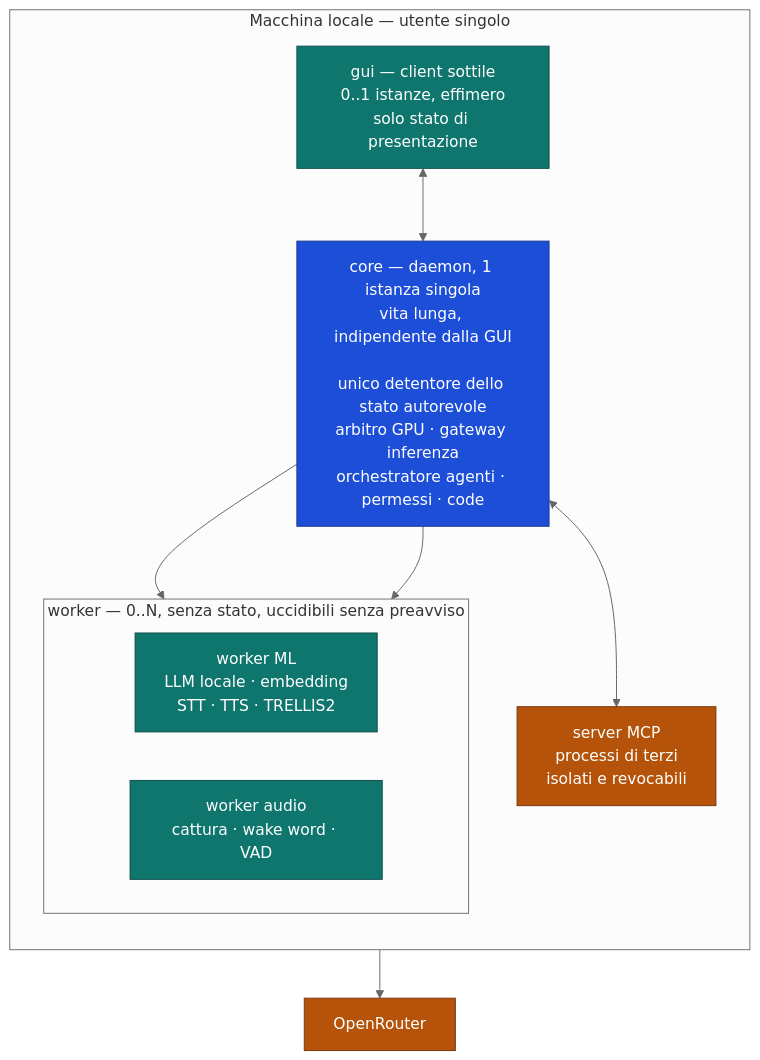
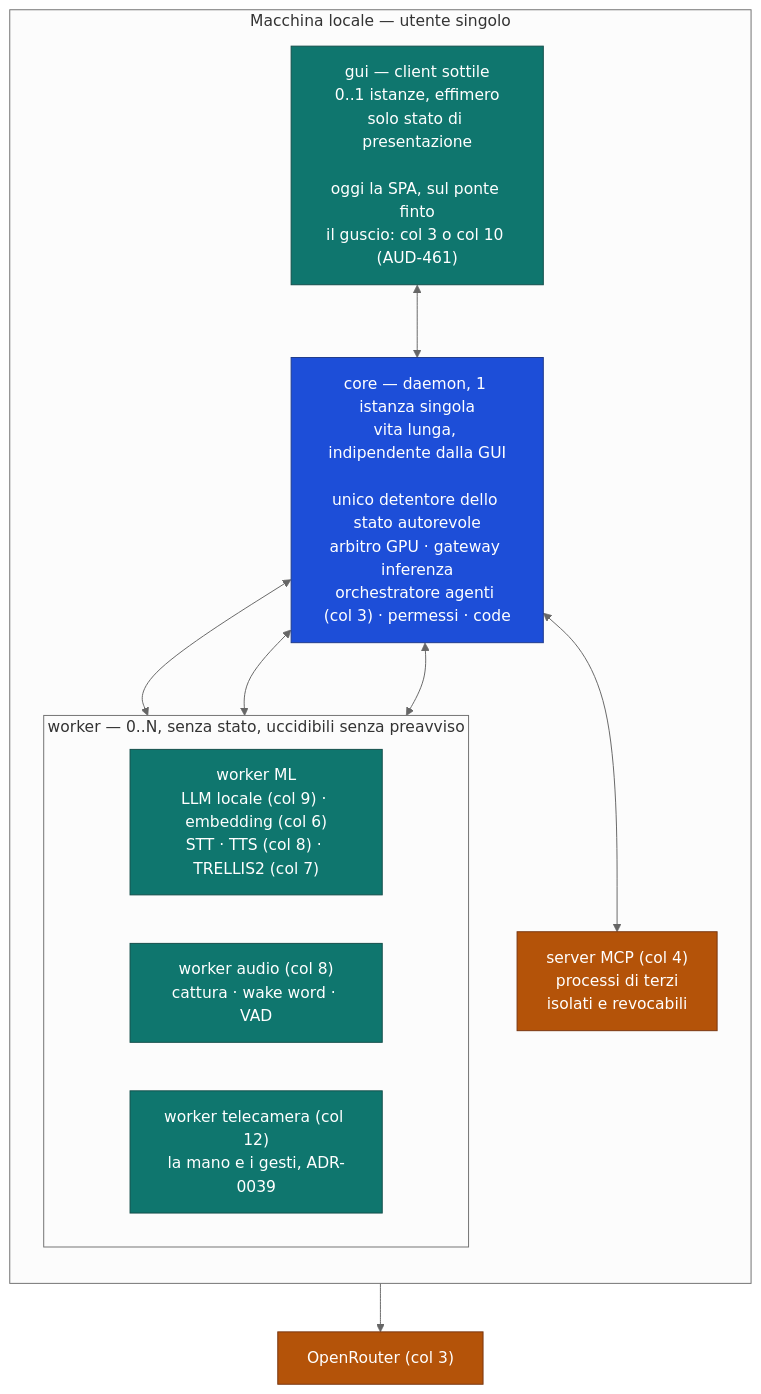
The first of 2 diagrams in docs/design/01-topologia-dei-processi.md (devfrx/daemon), drawn with Mermaid (neutral theme) before and after one commit. The commit also changed other lines of this file and 3 other files, not shown here.

First line of the commit message:
audit(2026-09-30): La regola 2 del README e i diagrammi 01-03

````diff
--- a/docs/design/01-topologia-dei-processi.md
+++ b/docs/design/01-topologia-dei-processi.md
@@ -10,33 +14,35 @@
 ```mermaid
 flowchart TB
     subgraph host["Macchina locale — utente singolo"]
         direction TB
 
-        gui["gui — client sottile<br/>0..1 istanze, effimero<br/>solo stato di presentazione"]
+        gui["gui — client sottile<br/>0..1 istanze, effimero<br/>solo stato di presentazione<br/><br/>oggi la SPA, sul ponte finto<br/>il guscio: col 3 o col 10 (AUD-461)"]
 
-        core["core — daemon, 1 istanza singola<br/>vita lunga, indipendente dalla GUI<br/><br/>unico detentore dello stato autorevole<br/>arbitro GPU · gateway inferenza<br/>orchestratore agenti · permessi · code"]
+        core["core — daemon, 1 istanza singola<br/>vita lunga, indipendente dalla GUI<br/><br/>unico detentore dello stato autorevole<br/>arbitro GPU · gateway inferenza<br/>orchestratore agenti (col 3) · permessi · code"]
 
         subgraph w["worker — 0..N, senza stato, uccidibili senza preavviso"]
             direction LR
-            ml["worker ML<br/>LLM locale · embedding<br/>STT · TTS · TRELLIS2"]
-            aud["worker audio<br/>cattura · wake word · VAD"]
+            ml["worker ML<br/>LLM locale (col 9) · embedding (col 6)<br/>STT · TTS (col 8) · TRELLIS2 (col 7)"]
+            aud["worker audio (col 8)<br/>cattura · wake word · VAD"]
+            cam["worker telecamera (col 12)<br/>la mano e i gesti, ADR-0039"]
         end
 
-        mcp["server MCP<br/>processi di terzi<br/>isolati e revocabili"]
+        mcp["server MCP (col 4)<br/>processi di terzi<br/>isolati e revocabili"]
     end
 
-    or["OpenRouter"]
+    or["OpenRouter (col 3)"]
 
     gui <--> core
-    core --> ml
-    core --> aud
+    core <--> ml
+    core <--> aud
+    core <--> cam
     core <--> mcp
     core --> or
 
     classDef autor fill:#1d4ed8,stroke:#1e3a8a,color:#fff
     classDef efim fill:#0f766e,stroke:#134e4a,color:#fff
     classDef untrusted fill:#b45309,stroke:#78350f,color:#fff
     class core autor
-    class gui,ml,aud efim
+    class gui,ml,aud,cam efim
     class mcp,or untrusted
 ```
````
